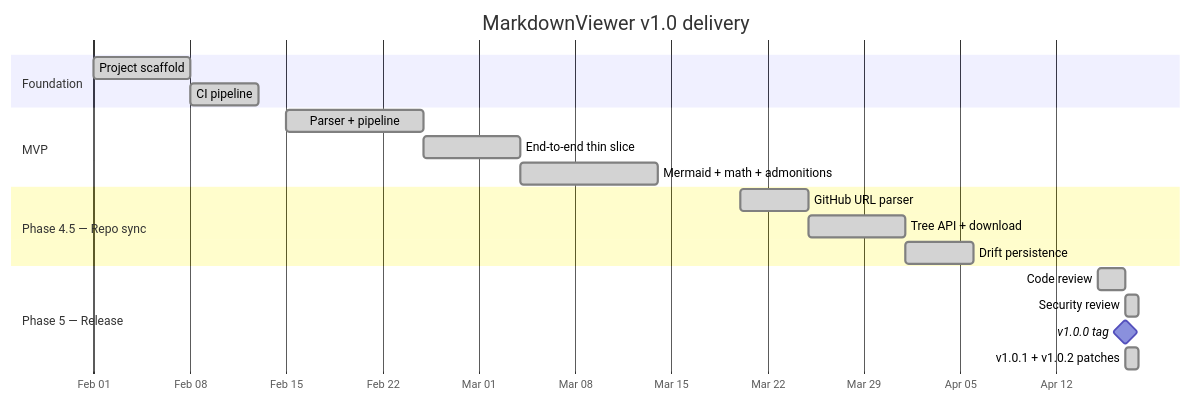
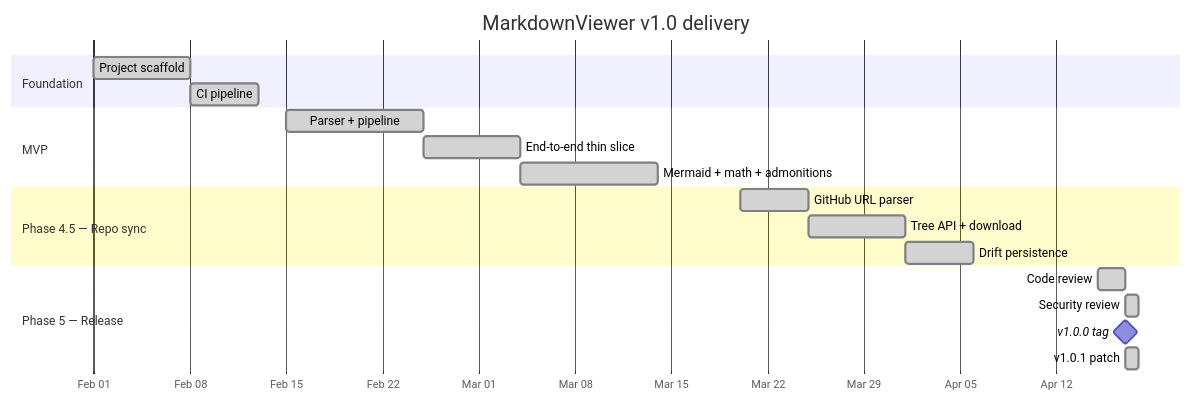
One commit to cemililik/markdown-viewer-mobile changed the first of 3 diagrams in docs/examples/05-mermaid/gantt.md. Above: the diagram before and after it, drawn with Mermaid. The commit also changed 7 other files, not shown here.

````diff
--- a/docs/examples/05-mermaid/gantt.md
+++ b/docs/examples/05-mermaid/gantt.md
@@ -8,26 +8,26 @@
 ```mermaid
 gantt
     title MarkdownViewer v1.0 delivery
     dateFormat YYYY-MM-DD
     axisFormat %b %d
 
     section Foundation
     Project scaffold              :done, p0, 2026-02-01, 7d
     CI pipeline                   :done, p0b, after p0, 5d
 
     section MVP
     Parser + pipeline             :done, p1, 2026-02-15, 10d
     End-to-end thin slice         :done, p1b, after p1, 7d
     Mermaid + math + admonitions  :done, p1c, after p1b, 10d
 
     section Phase 4.5 — Repo sync
     GitHub URL parser             :done, p45a, 2026-03-20, 5d
     Tree API + download           :done, p45b, after p45a, 7d
     Drift persistence             :done, p45c, after p45b, 5d
 
     section Phase 5 — Release
     Code review                   :done, p5a, 2026-04-15, 2d
     Security review               :done, p5b, after p5a, 1d
     v1.0.0 tag                    :milestone, p5m, 2026-04-17, 0d
-    v1.0.1 + v1.0.2 patches       :done, p5c, after p5m, 1d
+    v1.0.1 patch                  :done, p5c, after p5m, 1d
 ```
````
